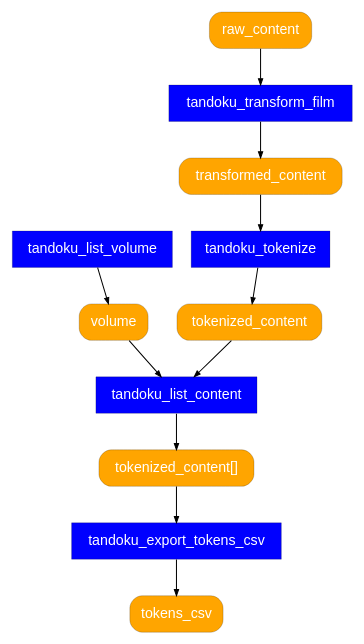
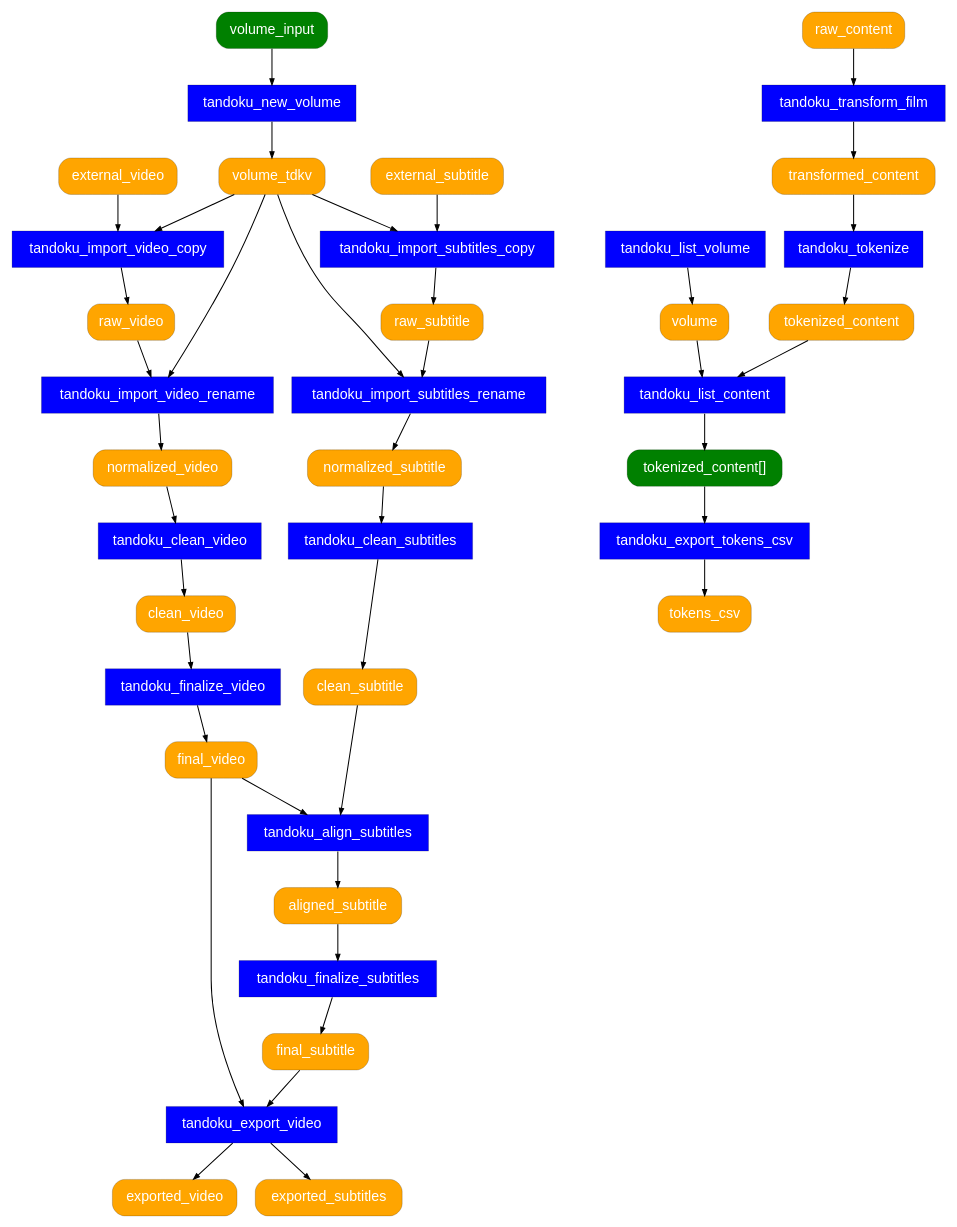
The diagram in docs/tandoku-workflow.dot (tandoku/tandoku), drawn with Graphviz before and after one commit.

Commit message:
docs/tandoku-workflow.dot updates

```diff
--- a/docs/tandoku-workflow.dot
+++ b/docs/tandoku-workflow.dot
@@ -1,35 +1,111 @@
 digraph {
     graph [fontname="Helvetica"];
     node [fontname="Helvetica" penwidth=0.2];
     edge [fontname="Helvetica" arrowsize="0.6"];
 
     # processes
     node [shape=rect style="filled" fillcolor=blue fontcolor=white];
-    tandoku_transform_film
+    tandoku_new_volume
+
     tandoku_tokenize
     tandoku_list_volume
     tandoku_list_content
     tandoku_export_tokens_csv
 
+    ## film processes
+    tandoku_import_subtitles_copy
+    tandoku_import_subtitles_rename
+    tandoku_clean_subtitles
+    tandoku_align_subtitles
+    tandoku_finalize_subtitles
+
+    tandoku_import_video_copy
+    tandoku_import_video_rename
+    tandoku_clean_video
+    tandoku_finalize_video
+
+    tandoku_transform_film
+
+    tandoku_export_video
+
     # artifacts
     node [shape=rect style="filled,rounded" fillcolor=orange];
+    volume_tdkv
+
     raw_content
     transformed_content
     tokenized_content
     tokens_csv
     volume
+
+    ## film artifacts
+    external_subtitle
+    raw_subtitle
+    normalized_subtitle
+    clean_subtitle
+    aligned_subtitle
+    final_subtitle
+
+    external_video
+    raw_video
+    normalized_video
+    clean_video
+    final_video
+
+    exported_video
+    exported_subtitles
+
+    # user input
+    node [shape=rect style="filled,rounded" fillcolor=green];
+    volume_input
+
+    # edges
+    volume_input -> tandoku_new_volume
+    tandoku_new_volume -> volume_tdkv
 
     raw_content -> tandoku_transform_film
     tandoku_transform_film -> transformed_content
     transformed_content -> tandoku_tokenize
     tandoku_tokenize -> tokenized_content
 
     tandoku_list_volume -> volume
 
     tokenized_content -> tandoku_list_content
     volume -> tandoku_list_content
     tandoku_list_content -> "tokenized_content[]"
 
     "tokenized_content[]" -> tandoku_export_tokens_csv
     tandoku_export_tokens_csv -> tokens_csv
+
+    ## film edges
+    external_subtitle -> tandoku_import_subtitles_copy
+    volume_tdkv -> tandoku_import_subtitles_copy
+    tandoku_import_subtitles_copy -> raw_subtitle
+    raw_subtitle -> tandoku_import_subtitles_rename
+    volume_tdkv -> tandoku_import_subtitles_rename
+    tandoku_import_subtitles_rename -> normalized_subtitle
+    normalized_subtitle -> tandoku_clean_subtitles
+    tandoku_clean_subtitles -> clean_subtitle
+
+    external_video -> tandoku_import_video_copy
+    volume_tdkv -> tandoku_import_video_copy
+    tandoku_import_video_copy -> raw_video
+    raw_video -> tandoku_import_video_rename
+    volume_tdkv -> tandoku_import_video_rename
+    tandoku_import_video_rename -> normalized_video
+    normalized_video -> tandoku_clean_video
+    tandoku_clean_video -> clean_video
+    clean_video -> tandoku_finalize_video
+    tandoku_finalize_video -> final_video
+
+    clean_subtitle -> tandoku_align_subtitles
+    final_video -> tandoku_align_subtitles
+    tandoku_align_subtitles -> aligned_subtitle
+    aligned_subtitle -> tandoku_finalize_subtitles
+    tandoku_finalize_subtitles -> final_subtitle
+
+    final_subtitle -> tandoku_export_video
+    final_video -> tandoku_export_video
+    tandoku_export_video -> exported_video
+    tandoku_export_video -> exported_subtitles
 }
```
